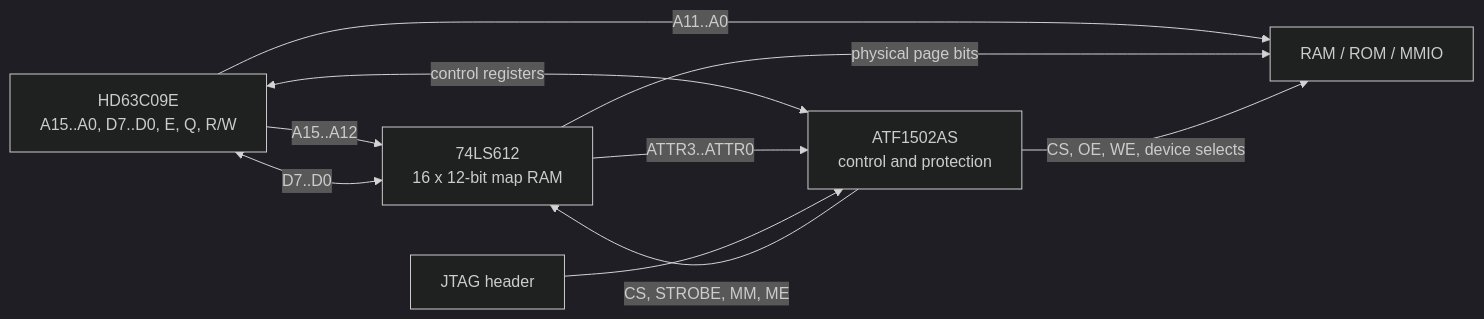
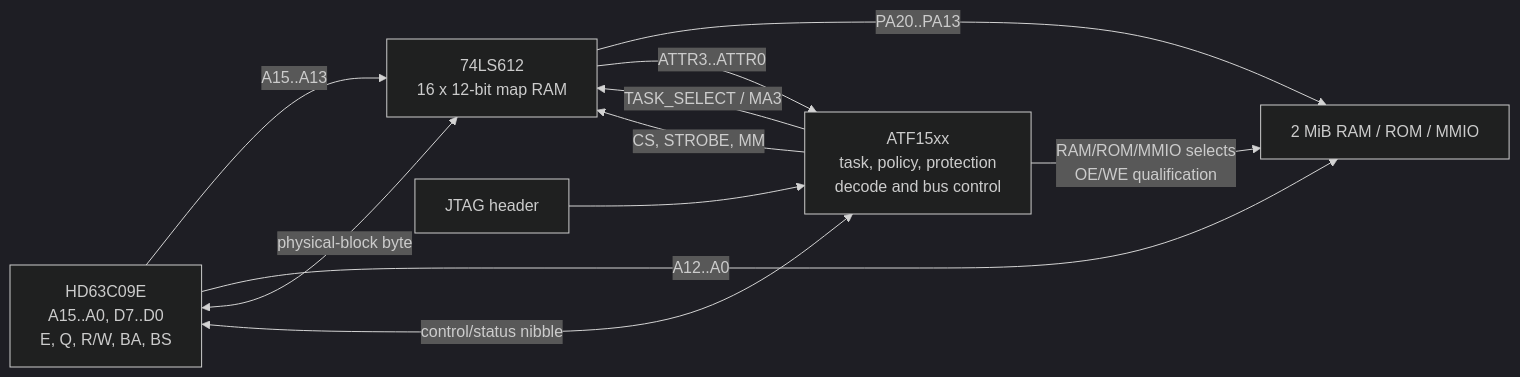
One commit to dumaiss/Espresso-09 changed the diagram in espresso09-memory-architecture.md. Above: the diagram before and after it, drawn with Mermaid (dark theme). The commit also changed other lines of this file, not shown here.

````diff
--- a/espresso09-memory-architecture.md
+++ b/espresso09-memory-architecture.md
@@ -21,20 +42,22 @@
 ```mermaid
 flowchart LR
-    CPU["HD63C09E<br/>A15..A0, D7..D0, E, Q, R/W"]
+    CPU["HD63C09E<br/>A15..A0, D7..D0<br/>E, Q, R/W, BA, BS"]
     MAP["74LS612<br/>16 x 12-bit map RAM"]
-    CPLD["ATF1502AS<br/>control and protection"]
-    MEM["RAM / ROM / MMIO"]
+    CPLD["ATF15xx<br/>task, policy, protection<br/>decode and bus control"]
+    MEM["2 MiB RAM / ROM / MMIO"]
     JTAG["JTAG header"]
 
-    CPU -->|"A15..A12"| MAP
-    CPU -->|"A11..A0"| MEM
-    CPU <-->|"D7..D0"| MAP
-    CPU <-->|"control registers"| CPLD
+    CPU -->|"A15..A13"| MAP
+    CPLD -->|"TASK_SELECT / MA3"| MAP
+    CPU -->|"A12..A0"| MEM
 
-    MAP -->|"physical page bits"| MEM
+    CPU <-->|"physical-block byte"| MAP
+    CPU <-->|"control/status nibble"| CPLD
+
+    MAP -->|"PA20..PA13"| MEM
     MAP -->|"ATTR3..ATTR0"| CPLD
 
-    CPLD -->|"CS, OE, WE, device selects"| MEM
-    CPLD -->|"CS, STROBE, MM, ME"| MAP
+    CPLD -->|"RAM/ROM/MMIO selects<br/>OE/WE qualification"| MEM
+    CPLD -->|"CS, STROBE, MM"| MAP
     JTAG --> CPLD
 ```
````
